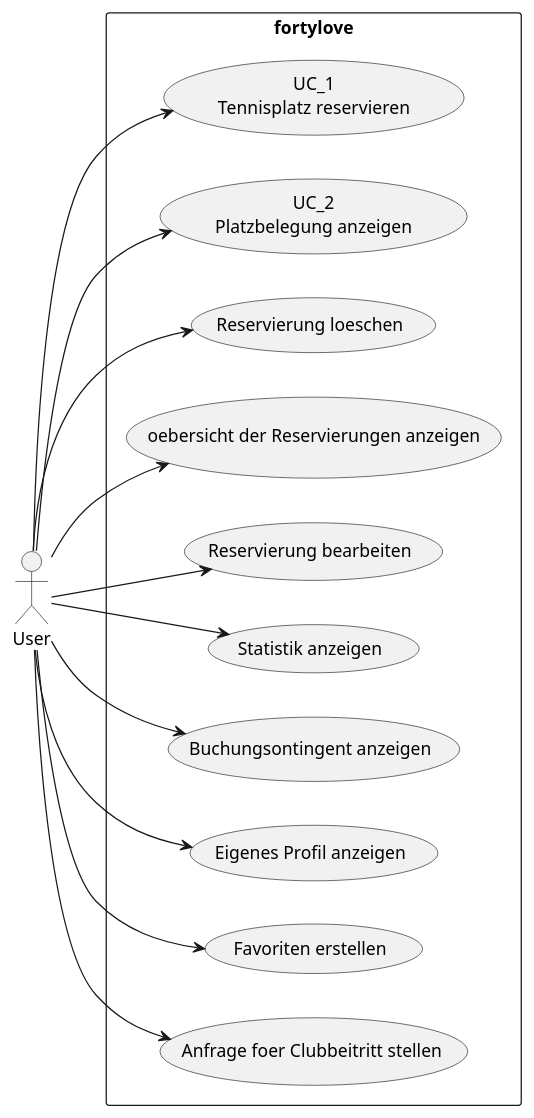
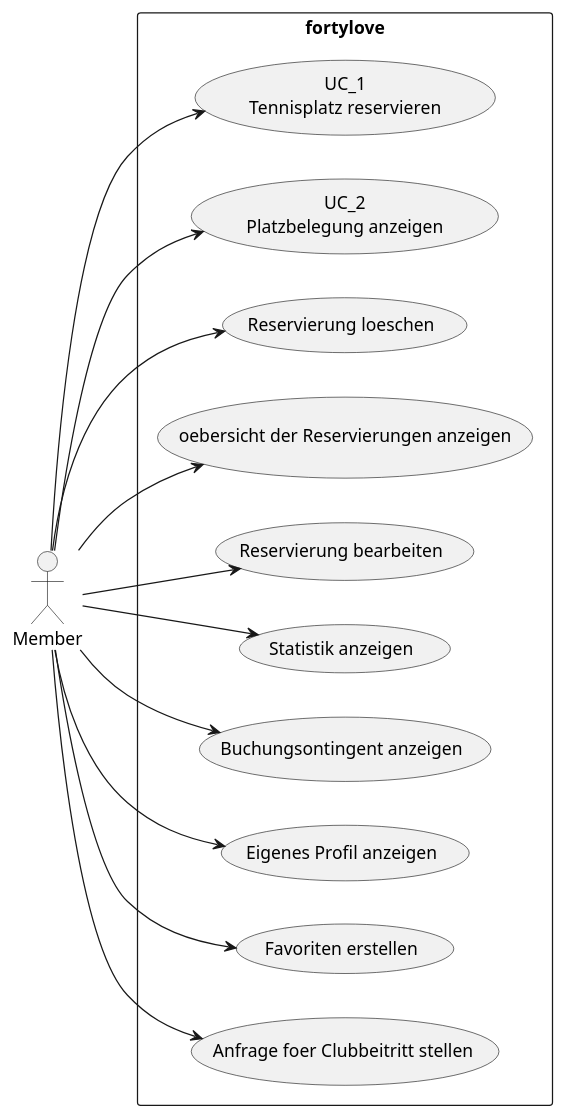
Before and after one commit to incrediblybadcoder/fortylove: the diagram in documents/design/usecases/UseCasesUser.puml, drawn with PlantUML.

Commit message:
#39 Test if conflict occurs at merge request

```diff
--- a/documents/design/usecases/UseCasesUser.puml
+++ b/documents/design/usecases/UseCasesUser.puml
@@ -1,17 +1,17 @@
 @startuml
 left to right direction
-actor "User" as Actor
+actor "Member" as Actor
 rectangle fortylove {
     Actor --> (UC_1\nTennisplatz reservieren)
     Actor --> (UC_2\nPlatzbelegung anzeigen)
     Actor --> (Reservierung loeschen)
     Actor --> (oebersicht der Reservierungen anzeigen)
     Actor --> (Reservierung bearbeiten)
     Actor --> (Statistik anzeigen)
     Actor --> (Buchungsontingent anzeigen)
     Actor --> (Eigenes Profil anzeigen)
     Actor --> (Favoriten erstellen)
     Actor --> (Anfrage foer Clubbeitritt stellen)
 }
 
 @enduml
```
